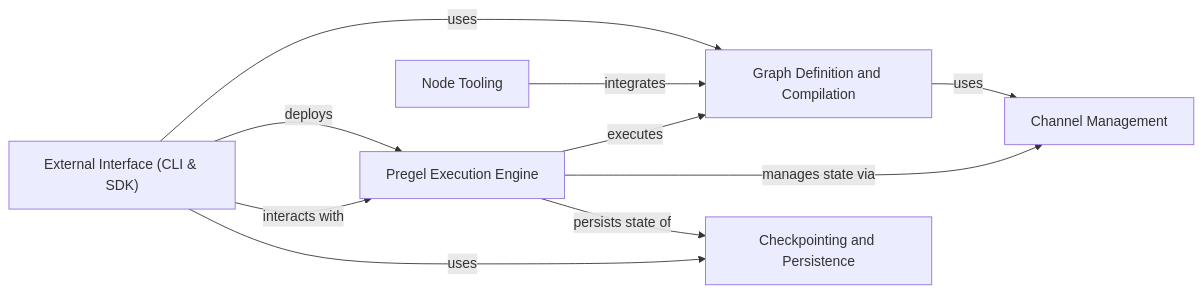
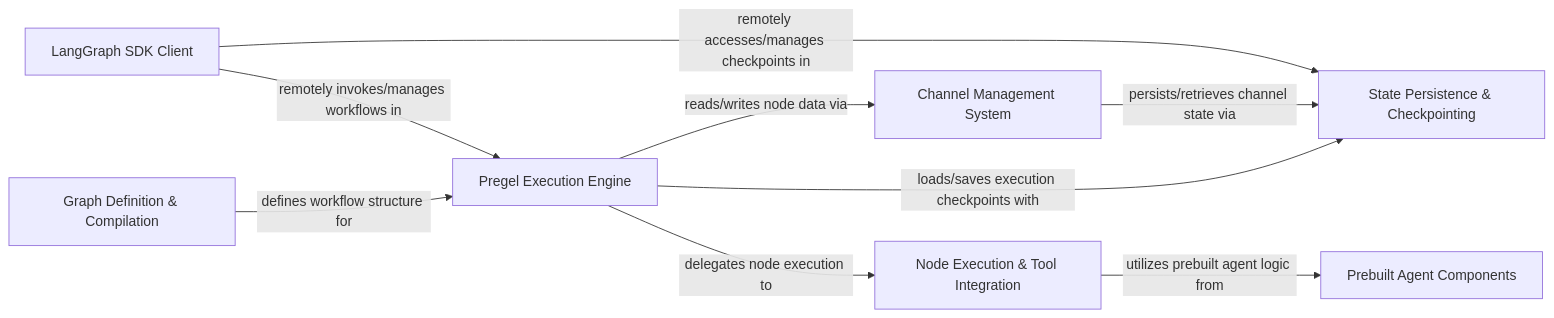
Before and after one commit to CodeBoarding/GeneratedOnBoardings: the diagram in langgraph/on_boarding.md, drawn with Mermaid. The commit also changed other lines of this file and 13 other files, not shown here.

````diff
--- a/langgraph/on_boarding.md
+++ b/langgraph/on_boarding.md
@@ -1,24 +1,25 @@
 ```mermaid
 graph LR
-    Graph_Definition_and_Compilation["Graph Definition and Compilation"]
+    Graph_Definition_Compilation["Graph Definition & Compilation"]
     Pregel_Execution_Engine["Pregel Execution Engine"]
-    Channel_Management["Channel Management"]
-    Node_Tooling["Node Tooling"]
-    Checkpointing_and_Persistence["Checkpointing and Persistence"]
-    External_Interface_CLI_SDK_["External Interface (CLI & SDK)"]
-    Graph_Definition_and_Compilation -- "uses" --> Channel_Management
-    Pregel_Execution_Engine -- "executes" --> Graph_Definition_and_Compilation
-    Pregel_Execution_Engine -- "manages state via" --> Channel_Management
-    Pregel_Execution_Engine -- "persists state of" --> Checkpointing_and_Persistence
-    Node_Tooling -- "integrates" --> Graph_Definition_and_Compilation
-    External_Interface_CLI_SDK_ -- "uses" --> Graph_Definition_and_Compilation
-    External_Interface_CLI_SDK_ -- "deploys" --> Pregel_Execution_Engine
-    External_Interface_CLI_SDK_ -- "interacts with" --> Pregel_Execution_Engine
-    External_Interface_CLI_SDK_ -- "uses" --> Checkpointing_and_Persistence
-    click Graph_Definition_and_Compilation href "https://github.com/CodeBoarding/GeneratedOnBoardings/blob/main/langgraph/Graph Definition and Compilation.md" "Details"
-    click Pregel_Execution_Engine href "https://github.com/CodeBoarding/GeneratedOnBoardings/blob/main/langgraph/Pregel Execution Engine.md" "Details"
-    click Channel_Management href "https://github.com/CodeBoarding/GeneratedOnBoardings/blob/main/langgraph/Channel Management.md" "Details"
-    click Node_Tooling href "https://github.com/CodeBoarding/GeneratedOnBoardings/blob/main/langgraph/Node Tooling.md" "Details"
-    click Checkpointing_and_Persistence href "https://github.com/CodeBoarding/GeneratedOnBoardings/blob/main/langgraph/Checkpointing and Persistence.md" "Details"
-    click External_Interface_CLI_SDK_ href "https://github.com/CodeBoarding/GeneratedOnBoardings/blob/main/langgraph/External Interface (CLI & SDK).md" "Details"
+    Channel_Management_System["Channel Management System"]
+    State_Persistence_Checkpointing["State Persistence & Checkpointing"]
+    Node_Execution_Tool_Integration["Node Execution & Tool Integration"]
+    Prebuilt_Agent_Components["Prebuilt Agent Components"]
+    LangGraph_SDK_Client["LangGraph SDK Client"]
+    Graph_Definition_Compilation -- "defines workflow structure for" --> Pregel_Execution_Engine
+    Pregel_Execution_Engine -- "reads/writes node data via" --> Channel_Management_System
+    Pregel_Execution_Engine -- "loads/saves execution checkpoints with" --> State_Persistence_Checkpointing
+    Channel_Management_System -- "persists/retrieves channel state via" --> State_Persistence_Checkpointing
+    Pregel_Execution_Engine -- "delegates node execution to" --> Node_Execution_Tool_Integration
+    Node_Execution_Tool_Integration -- "utilizes prebuilt agent logic from" --> Prebuilt_Agent_Components
+    LangGraph_SDK_Client -- "remotely invokes/manages workflows in" --> Pregel_Execution_Engine
+    LangGraph_SDK_Client -- "remotely accesses/manages checkpoints in" --> State_Persistence_Checkpointing
+    click Graph_Definition_Compilation href "https://github.com/CodeBoarding/GeneratedOnBoardings/blob/main/langgraph/Graph_Definition_Compilation.md" "Details"
+    click Pregel_Execution_Engine href "https://github.com/CodeBoarding/GeneratedOnBoardings/blob/main/langgraph/Pregel_Execution_Engine.md" "Details"
+    click Channel_Management_System href "https://github.com/CodeBoarding/GeneratedOnBoardings/blob/main/langgraph/Channel_Management_System.md" "Details"
+    click State_Persistence_Checkpointing href "https://github.com/CodeBoarding/GeneratedOnBoardings/blob/main/langgraph/State_Persistence_Checkpointing.md" "Details"
+    click Node_Execution_Tool_Integration href "https://github.com/CodeBoarding/GeneratedOnBoardings/blob/main/langgraph/Node_Execution_Tool_Integration.md" "Details"
+    click Prebuilt_Agent_Components href "https://github.com/CodeBoarding/GeneratedOnBoardings/blob/main/langgraph/Prebuilt_Agent_Components.md" "Details"
+    click LangGraph_SDK_Client href "https://github.com/CodeBoarding/GeneratedOnBoardings/blob/main/langgraph/LangGraph_SDK_Client.md" "Details"
 ```
````
